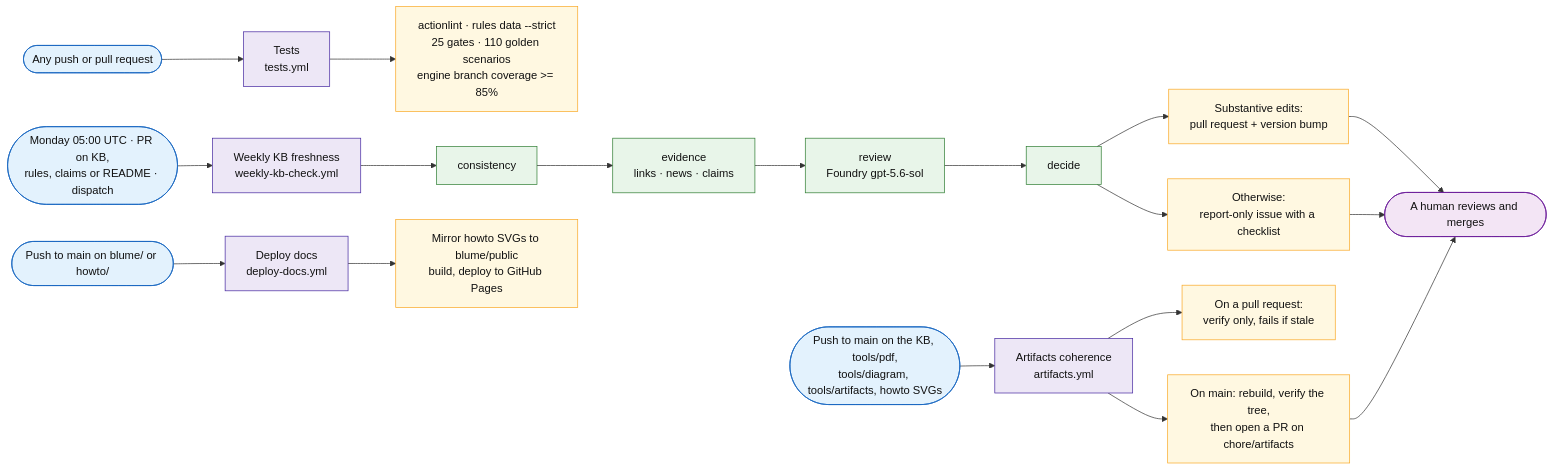
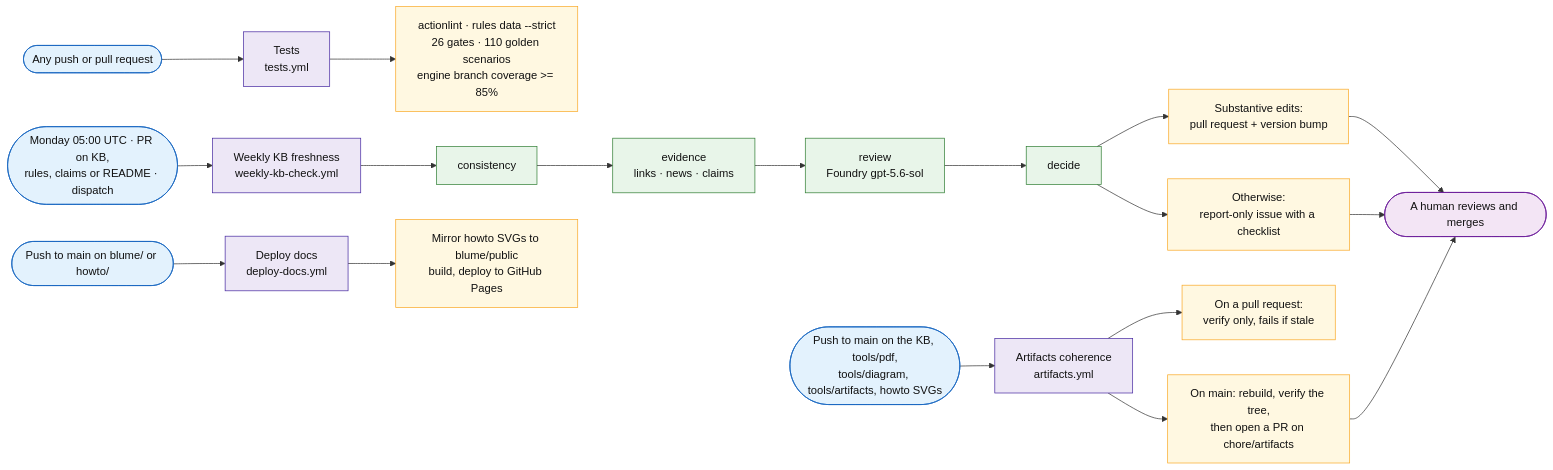
The sixth of 6 diagrams in docs/sql-migration-advisor-developer-pitch.md (fredgis/sql-migration-advisor), drawn with Mermaid before and after one commit. The commit also changed other lines of this file and 15 other files, not shown here.

````diff
--- a/docs/sql-migration-advisor-developer-pitch.md
+++ b/docs/sql-migration-advisor-developer-pitch.md
@@ -990,33 +992,33 @@
 ```mermaid
 flowchart LR
     G1([Any push or pull request]) --> W1[Tests<br/>tests.yml]
     G2([Monday 05:00 UTC · PR on KB,<br/>rules, claims or README · dispatch]) --> W2[Weekly KB freshness<br/>weekly-kb-check.yml]
     G3([Push to main on the KB, tools/pdf,<br/>tools/diagram, tools/artifacts, howto SVGs]) --> W3[Artifacts coherence<br/>artifacts.yml]
     G4([Push to main on blume/ or howto/]) --> W4[Deploy docs<br/>deploy-docs.yml]
 
-    W1 --> O1[actionlint · rules data --strict<br/>25 gates · 110 golden scenarios<br/>engine branch coverage >= 85%]
+    W1 --> O1[actionlint · rules data --strict<br/>26 gates · 110 golden scenarios<br/>engine branch coverage >= 85%]
 
     W2 --> C1[consistency] --> C2[evidence<br/>links · news · claims] --> C3[review<br/>Foundry gpt-5.6-sol] --> C4[decide]
     C4 --> O2a[Substantive edits:<br/>pull request + version bump]
     C4 --> O2b[Otherwise:<br/>report-only issue with a checklist]
 
     W3 --> O3a[On a pull request:<br/>verify only, fails if stale]
     W3 --> O3b[On main: rebuild, verify the tree,<br/>then open a PR on chore/artifacts]
 
     W4 --> O4[Mirror howto SVGs to blume/public<br/>build, deploy to GitHub Pages]
 
     O2a --> H([A human reviews and merges])
     O2b --> H
     O3b --> H
 
     classDef trig fill:#e3f2fd,stroke:#1565c0,color:#111
     classDef flow fill:#ede7f6,stroke:#4527a0,color:#111
     classDef step fill:#e8f5e9,stroke:#2e7d32,color:#111
     classDef out fill:#fff8e1,stroke:#f9a825,color:#111
     classDef human fill:#f3e5f5,stroke:#6a1b9a,color:#111
     class G1,G2,G3,G4 trig
     class W1,W2,W3,W4 flow
     class C1,C2,C3,C4 step
     class O1,O2a,O2b,O3a,O3b,O4 out
     class H human
 ```
````
